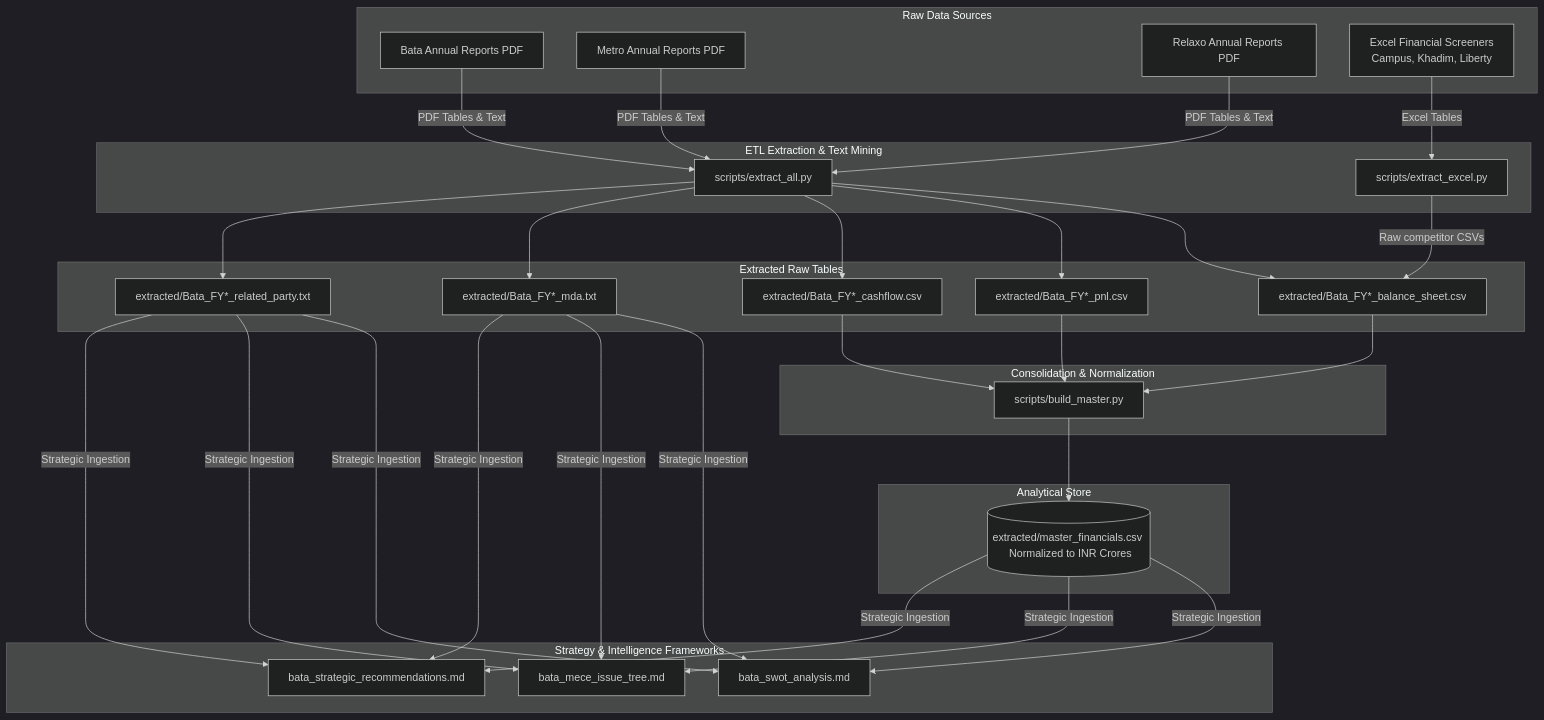
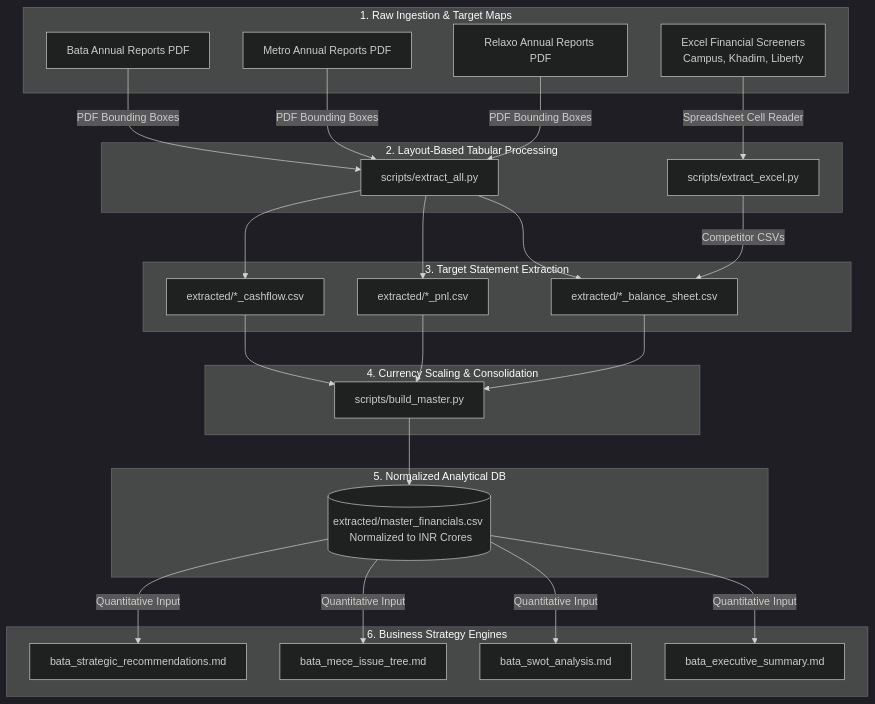
Before and after one commit to Madzzzz1106/Bata-Finance-Modelling-Overview-: the diagram in README.md, drawn with Mermaid (dark theme). The commit also changed other lines of this file, not shown here.

````diff
--- a/README.md
+++ b/README.md
@@ -15,62 +35,50 @@
 ```mermaid
 graph TD
     %% Sources
-    subgraph Data Sources [Raw Data Sources]
+    subgraph Raw_Ingestion [1. Raw Ingestion & Target Maps]
         A1[Bata Annual Reports PDF]
         A2[Metro Annual Reports PDF]
         A3[Relaxo Annual Reports PDF]
         A4[Excel Financial Screeners <br> Campus, Khadim, Liberty]
     end
 
     %% Extraction Pipeline
-    subgraph Extraction [ETL Extraction & Text Mining]
+    subgraph Extraction [2. Layout-Based Tabular Processing]
         B1[scripts/extract_all.py]
         B2[scripts/extract_excel.py]
     end
 
     %% Intermediary Output
-    subgraph Staging [Extracted Raw Tables]
-        C1[extracted/Bata_FY*_balance_sheet.csv]
-        C2[extracted/Bata_FY*_pnl.csv]
-        C3[extracted/Bata_FY*_cashflow.csv]
-        C4[extracted/Bata_FY*_mda.txt]
-        C5[extracted/Bata_FY*_related_party.txt]
+    subgraph Staging [3. Target Statement Extraction]
+        C1[extracted/*_balance_sheet.csv]
+        C2[extracted/*_pnl.csv]
+        C3[extracted/*_cashflow.csv]
     end
 
     %% Consolidation & Normalization
-    subgraph Consolidation [Consolidation & Normalization]
+    subgraph Normalization [4. Currency Scaling & Consolidation]
         D1[scripts/build_master.py]
     end
 
     %% Unified Database
-    subgraph Target [Analytical Store]
+    subgraph Database [5. Normalized Analytical DB]
         E1[(extracted/master_financials.csv <br> Normalized to INR Crores)]
     end
 
     %% Strategic Analysis
-    subgraph Analysis [Strategy & Intelligence Frameworks]
-        F1[bata_swot_analysis.md]
-        F2[bata_mece_issue_tree.md]
-        F3[bata_strategic_recommendations.md]
+    subgraph Analytics [6. Business Strategy Engines]
+        F1[bata_executive_summary.md]
+        F2[bata_swot_analysis.md]
+        F3[bata_mece_issue_tree.md]
+        F4[bata_strategic_recommendations.md]
     end
 
-    %% Map processes
-    A1 -->|PDF Tables & Text| B1
-    A2 -->|PDF Tables & Text| B1
-    A3 -->|PDF Tables & Text| B1
-    A4 -->|Excel Tables| B2
-
-    B1 --> C1
-    B1 --> C2
-    B1 --> C3
-    B1 --> C4
-    B1 --> C5
-    B2 -->|Raw competitor CSVs| C1
-
+    %% Process flow
+    A1 & A2 & A3 -->|PDF Bounding Boxes| B1
+    A4 -->|Spreadsheet Cell Reader| B2
+    B1 --> C1 & C2 & C3
+    B2 -->|Competitor CSVs| C1
     C1 & C2 & C3 --> D1
     D1 --> E1
-
-    E1 & C4 & C5 -->|Strategic Ingestion| F1
-    E1 & C4 & C5 -->|Strategic Ingestion| F2
-    E1 & C4 & C5 -->|Strategic Ingestion| F3
+    E1 -->|Quantitative Input| F1 & F2 & F3 & F4
 ```
````
